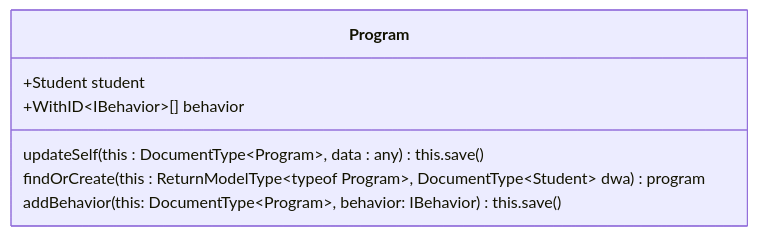
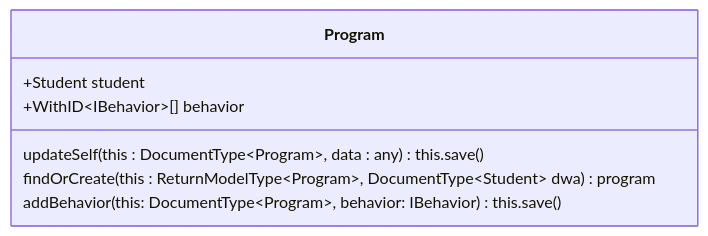
The fourth of 6 diagrams in Documentation/Model Schemas.md (UTDallasEPICS/ATC-Patient-Data), drawn with Mermaid before and after one commit. The commit also changed other lines of this file, not shown here.

First line of the commit message:
Update Model Schemas.md

````diff
--- a/Documentation/Model Schemas.md
+++ b/Documentation/Model Schemas.md
@@ -67,11 +67,11 @@
 ```mermaid
 classDiagram
     class Program {
         +Student student
         +WithID~IBehavior~[] behavior
 
         updateSelf(this : DocumentType~Program~, data : any) : this.save()
-        findOrCreate(this : ReturnModelType~typeof Program~, DocumentType~Student~ dwa) program
+        findOrCreate(this : ReturnModelType~Program~, DocumentType~Student~ dwa) program
         addBehavior(this: DocumentType~Program~, behavior: IBehavior) : this.save()
     }
 ```
````
